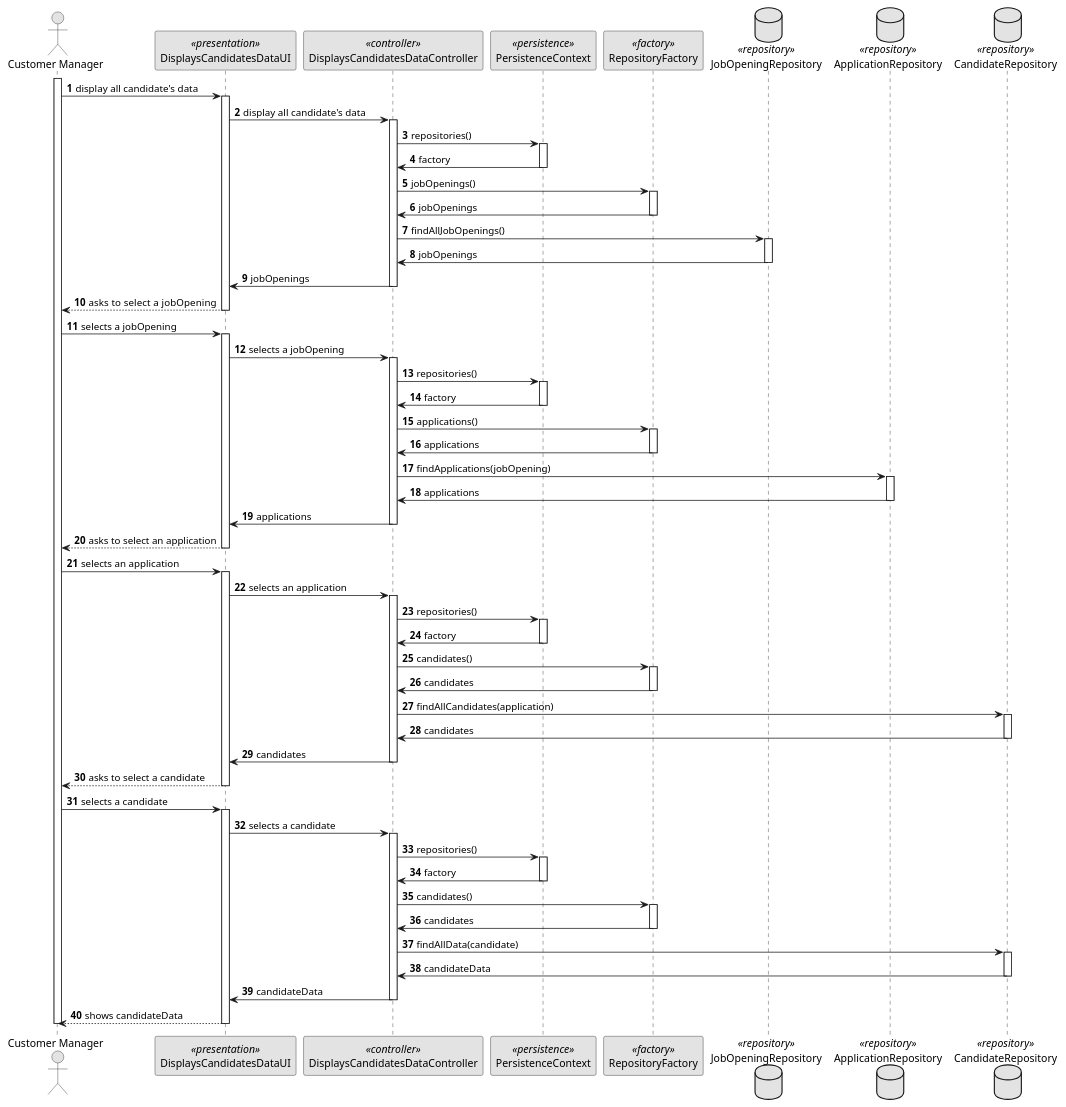
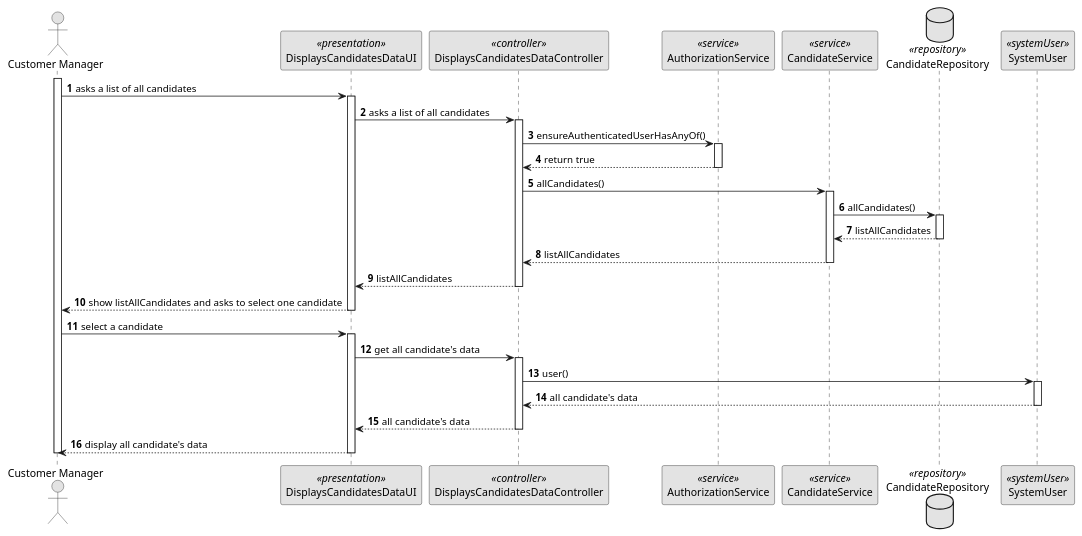
Before and after one commit to MiguelCardoso77/LAPR4: the diagram in docs/SprintB/1006/1006-sequence-diagram-overview.puml, drawn with PlantUML. The commit also changed 1 other file, not shown here.

Commit message:
Sequence diagram puml and svg - #17

```diff
--- a/docs/SprintB/1006/1006-sequence-diagram-overview.puml
+++ b/docs/SprintB/1006/1006-sequence-diagram-overview.puml
@@ -9,188 +9,80 @@
 actor "Customer Manager" as CM
 participant DisplaysCandidatesDataUI <<presentation>>
 participant DisplaysCandidatesDataController <<controller>>
-participant PersistenceContext <<persistence>>
-participant RepositoryFactory <<factory>>
-database JobOpeningRepository <<repository>>
-database ApplicationRepository <<repository>>
+participant AuthorizationService <<service>>
+participant CandidateService <<service>>
 database CandidateRepository <<repository>>
+participant SystemUser <<systemUser>>
+
 
 activate CM
 
-        CM -> DisplaysCandidatesDataUI : display all candidate's data
+        CM -> DisplaysCandidatesDataUI : asks a list of all candidates
 
         activate DisplaysCandidatesDataUI
 
-        DisplaysCandidatesDataUI -> DisplaysCandidatesDataController : display all candidate's data
+        DisplaysCandidatesDataUI -> DisplaysCandidatesDataController : asks a list of all candidates
 
         activate DisplaysCandidatesDataController
 
-        DisplaysCandidatesDataController -> PersistenceContext : repositories()
+        DisplaysCandidatesDataController -> AuthorizationService : ensureAuthenticatedUserHasAnyOf()
 
-        activate PersistenceContext
+        activate AuthorizationService
 
+        AuthorizationService --> DisplaysCandidatesDataController : return true
 
-        PersistenceContext -> DisplaysCandidatesDataController : factory
+        deactivate AuthorizationService
 
-        deactivate PersistenceContext
+        DisplaysCandidatesDataController -> CandidateService : allCandidates()
 
+        activate CandidateService
 
-        DisplaysCandidatesDataController -> RepositoryFactory: jobOpenings()
+        CandidateService -> CandidateRepository : allCandidates()
 
-        activate RepositoryFactory
+        activate CandidateRepository
 
+        CandidateRepository --> CandidateService : listAllCandidates
 
-        RepositoryFactory -> DisplaysCandidatesDataController : jobOpenings
+        deactivate CandidateRepository
 
-        deactivate RepositoryFactory
+        CandidateService --> DisplaysCandidatesDataController : listAllCandidates
 
-        DisplaysCandidatesDataController -> JobOpeningRepository : findAllJobOpenings()
+        deactivate CandidateService
 
-        activate JobOpeningRepository
-
-        JobOpeningRepository -> DisplaysCandidatesDataController : jobOpenings
-
-        deactivate JobOpeningRepository
-
-        DisplaysCandidatesDataController -> DisplaysCandidatesDataUI : jobOpenings
+        DisplaysCandidatesDataController --> DisplaysCandidatesDataUI : listAllCandidates
 
         deactivate DisplaysCandidatesDataController
 
-        DisplaysCandidatesDataUI --> CM : asks to select a  jobOpening
+        DisplaysCandidatesDataUI --> CM : show listAllCandidates and asks to select one candidate
 
         deactivate DisplaysCandidatesDataUI
 
-        CM -> DisplaysCandidatesDataUI : selects a jobOpening
+        CM -> DisplaysCandidatesDataUI : select a candidate
 
         activate DisplaysCandidatesDataUI
 
-        DisplaysCandidatesDataUI -> DisplaysCandidatesDataController : selects a jobOpening
+    DisplaysCandidatesDataUI -> DisplaysCandidatesDataController : get all candidate's data
 
         activate DisplaysCandidatesDataController
 
+         DisplaysCandidatesDataController -> SystemUser: user()
 
-    DisplaysCandidatesDataController -> PersistenceContext : repositories()
+         activate SystemUser
 
-           activate PersistenceContext
+         SystemUser --> DisplaysCandidatesDataController: all candidate's data
 
+        deactivate SystemUser
 
-           PersistenceContext -> DisplaysCandidatesDataController : factory
+        DisplaysCandidatesDataController --> DisplaysCandidatesDataUI : all candidate's data
 
-           deactivate PersistenceContext
+        deactivate DisplaysCandidatesDataController
 
-
-           DisplaysCandidatesDataController -> RepositoryFactory: applications()
-
-           activate RepositoryFactory
-
-
-           RepositoryFactory -> DisplaysCandidatesDataController : applications
-
-           deactivate RepositoryFactory
-
-           DisplaysCandidatesDataController -> ApplicationRepository : findApplications(jobOpening)
-
-           activate ApplicationRepository
-
-           ApplicationRepository -> DisplaysCandidatesDataController : applications
-
-           deactivate ApplicationRepository
-
-           DisplaysCandidatesDataController -> DisplaysCandidatesDataUI : applications
-
-           deactivate DisplaysCandidatesDataController
-
-        DisplaysCandidatesDataUI --> CM : asks to select an application
+        DisplaysCandidatesDataUI --> CM : display all candidate's data
 
         deactivate DisplaysCandidatesDataUI
 
-        CM -> DisplaysCandidatesDataUI : selects an application
-
-        activate DisplaysCandidatesDataUI
-
-        DisplaysCandidatesDataUI -> DisplaysCandidatesDataController : selects an application
-
-        activate DisplaysCandidatesDataController
-
-         DisplaysCandidatesDataController -> PersistenceContext : repositories()
-
-                   activate PersistenceContext
 
 
-                   PersistenceContext -> DisplaysCandidatesDataController : factory
-
-                   deactivate PersistenceContext
-
-
-                   DisplaysCandidatesDataController -> RepositoryFactory:candidates()
-
-                   activate RepositoryFactory
-
-
-                   RepositoryFactory -> DisplaysCandidatesDataController : candidates
-
-                   deactivate RepositoryFactory
-
-                   DisplaysCandidatesDataController -> CandidateRepository : findAllCandidates(application)
-
-                   activate CandidateRepository
-
-                   CandidateRepository -> DisplaysCandidatesDataController : candidates
-
-                   deactivate CandidateRepository
-
-                   DisplaysCandidatesDataController -> DisplaysCandidatesDataUI : candidates
-
-
-                   deactivate DisplaysCandidatesDataController
-
-        DisplaysCandidatesDataUI --> CM :  asks to select a candidate
-
-deactivate DisplaysCandidatesDataUI
-
-
-       CM -> DisplaysCandidatesDataUI : selects a candidate
-
-       activate DisplaysCandidatesDataUI
-
-       DisplaysCandidatesDataUI -> DisplaysCandidatesDataController : selects a candidate
-
-       activate DisplaysCandidatesDataController
-
-       DisplaysCandidatesDataController -> PersistenceContext : repositories()
-
-                          activate PersistenceContext
-
-
-                          PersistenceContext -> DisplaysCandidatesDataController : factory
-
-                          deactivate PersistenceContext
-
-
-                          DisplaysCandidatesDataController -> RepositoryFactory:candidates()
-
-                          activate RepositoryFactory
-
-
-                          RepositoryFactory -> DisplaysCandidatesDataController : candidates
-
-                          deactivate RepositoryFactory
-
-                          DisplaysCandidatesDataController -> CandidateRepository : findAllData(candidate)
-
-                          activate CandidateRepository
-
-                          CandidateRepository -> DisplaysCandidatesDataController : candidateData
-
-                          deactivate CandidateRepository
-
-       DisplaysCandidatesDataController -> DisplaysCandidatesDataUI : candidateData
-
-       deactivate DisplaysCandidatesDataController
-
-       DisplaysCandidatesDataUI --> CM : shows candidateData
-
-       deactivate DisplaysCandidatesDataUI
 
 
 
```
